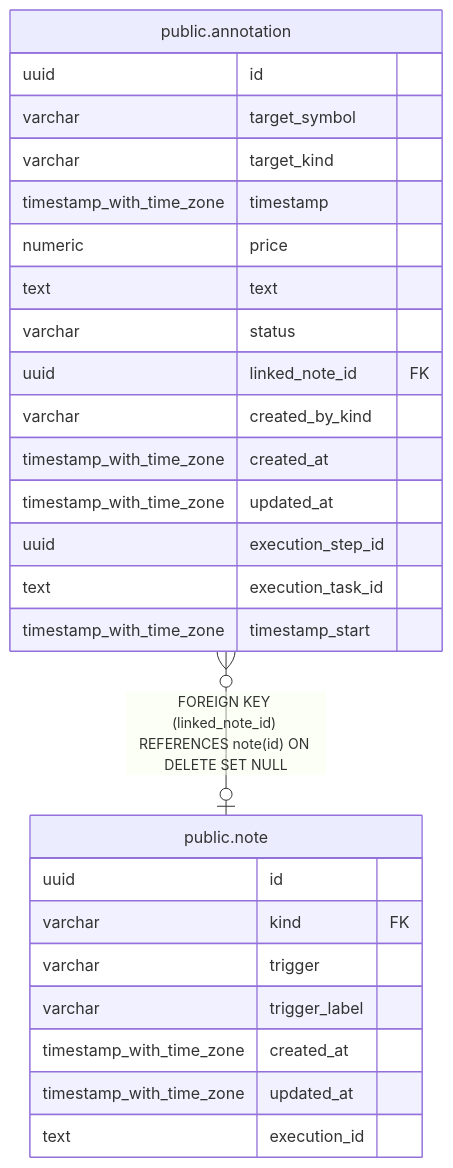
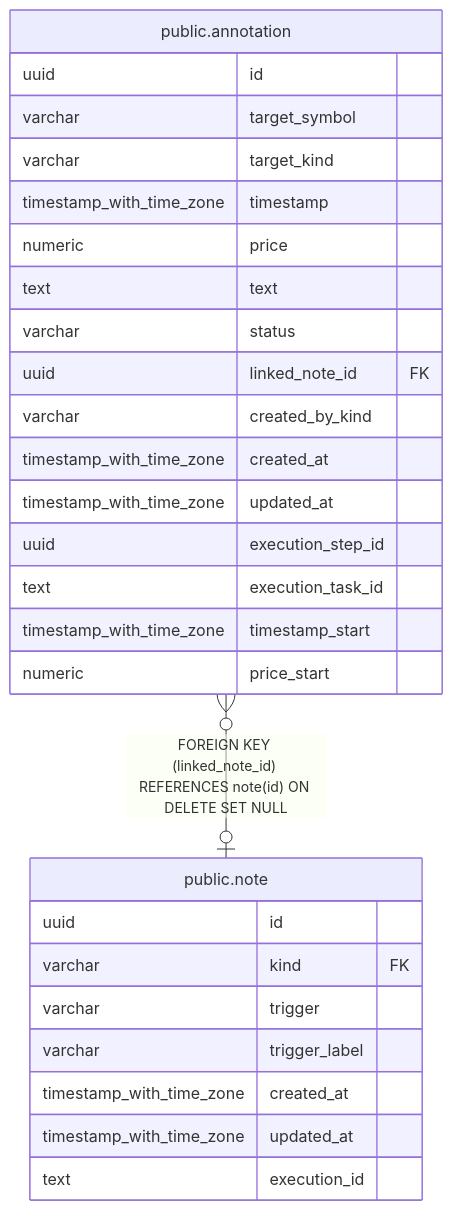
Before and after one commit to fohte/t-rader: the diagram in backend/docs/db/public.annotation.md, drawn with Mermaid. The commit also changed other lines of this file and 22 other files, not shown here.

````diff
--- a/backend/docs/db/public.annotation.md
+++ b/backend/docs/db/public.annotation.md
@@ -46,31 +47,32 @@
 ```mermaid
 erDiagram
 
 "public.annotation" }o--o| "public.note" : "FOREIGN KEY (linked_note_id) REFERENCES note(id) ON DELETE SET NULL"
 
 "public.annotation" {
   uuid id
   varchar target_symbol
   varchar target_kind
   timestamp_with_time_zone timestamp
   numeric price
   text text
   varchar status
   uuid linked_note_id FK
   varchar created_by_kind
   timestamp_with_time_zone created_at
   timestamp_with_time_zone updated_at
   uuid execution_step_id
   text execution_task_id
   timestamp_with_time_zone timestamp_start
+  numeric price_start
 }
 "public.note" {
   uuid id
   varchar kind FK
   varchar trigger
   varchar trigger_label
   timestamp_with_time_zone created_at
   timestamp_with_time_zone updated_at
   text execution_id
 }
 ```
````
